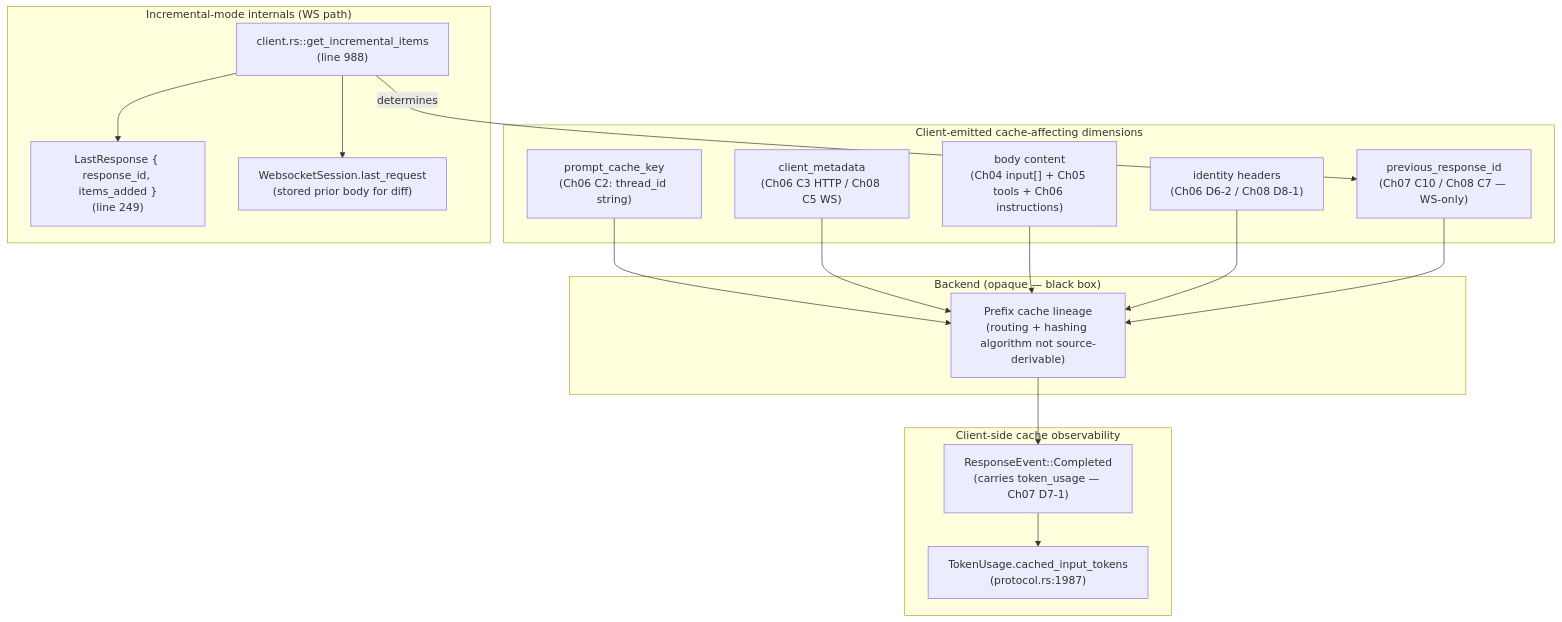
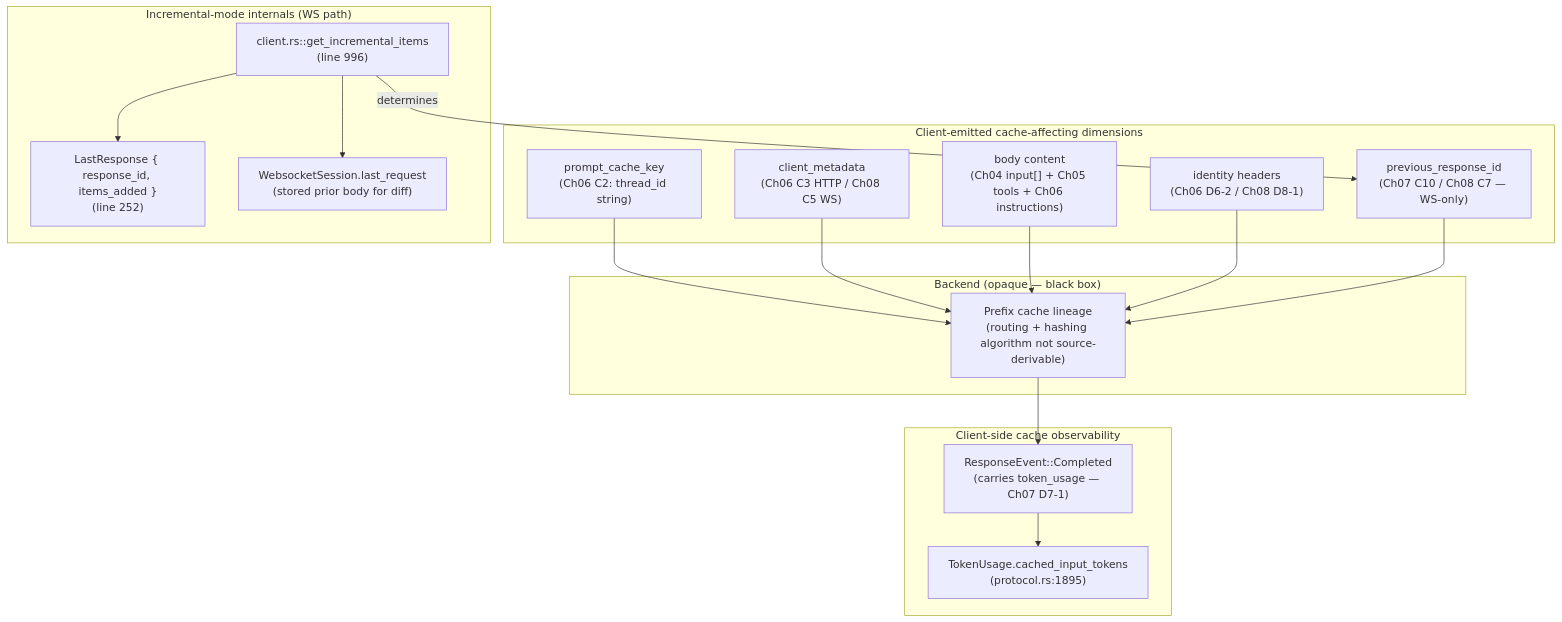
The diagram in specs/codex/cli-reversed-spec/chapters/11-cache-prefix-model.md (Raw1mage/opencms), drawn with Mermaid before and after one commit. The commit also changed other lines of this file and 1 other file, not shown here.

````diff
--- a/specs/codex/cli-reversed-spec/chapters/11-cache-prefix-model.md
+++ b/specs/codex/cli-reversed-spec/chapters/11-cache-prefix-model.md
@@ -17,37 +17,37 @@
 ```mermaid
 graph TB
   subgraph CacheInputs["Client-emitted cache-affecting dimensions"]
     pck["prompt_cache_key<br/>(Ch06 C2: thread_id string)"]
     cm["client_metadata<br/>(Ch06 C3 HTTP / Ch08 C5 WS)"]
     body["body content<br/>(Ch04 input[] + Ch05 tools + Ch06 instructions)"]
     hdrs["identity headers<br/>(Ch06 D6-2 / Ch08 D8-1)"]
     chain["previous_response_id<br/>(Ch07 C10 / Ch08 C7 — WS-only)"]
   end
 
   subgraph ClientObservation["Client-side cache observability"]
-    tu["TokenUsage.cached_input_tokens<br/>(protocol.rs:1987)"]
+    tu["TokenUsage.cached_input_tokens<br/>(protocol.rs:1895)"]
     ev_completed["ResponseEvent::Completed<br/>(carries token_usage — Ch07 D7-1)"]
   end
 
   subgraph IncrementalLogic["Incremental-mode internals (WS path)"]
-    gii["client.rs::get_incremental_items<br/>(line 988)"]
-    last_resp["LastResponse { response_id, items_added }<br/>(line 249)"]
+    gii["client.rs::get_incremental_items<br/>(line 996)"]
+    last_resp["LastResponse { response_id, items_added }<br/>(line 252)"]
     ws_session["WebsocketSession.last_request<br/>(stored prior body for diff)"]
   end
 
   subgraph Backend["Backend (opaque — black box)"]
     backend_cache["Prefix cache lineage<br/>(routing + hashing algorithm not source-derivable)"]
   end
 
   pck --> backend_cache
   cm --> backend_cache
   body --> backend_cache
   hdrs --> backend_cache
   chain --> backend_cache
   backend_cache --> ev_completed
   ev_completed --> tu
 
   gii --> ws_session
   gii --> last_resp
   gii -->|determines| chain
 ```
````
